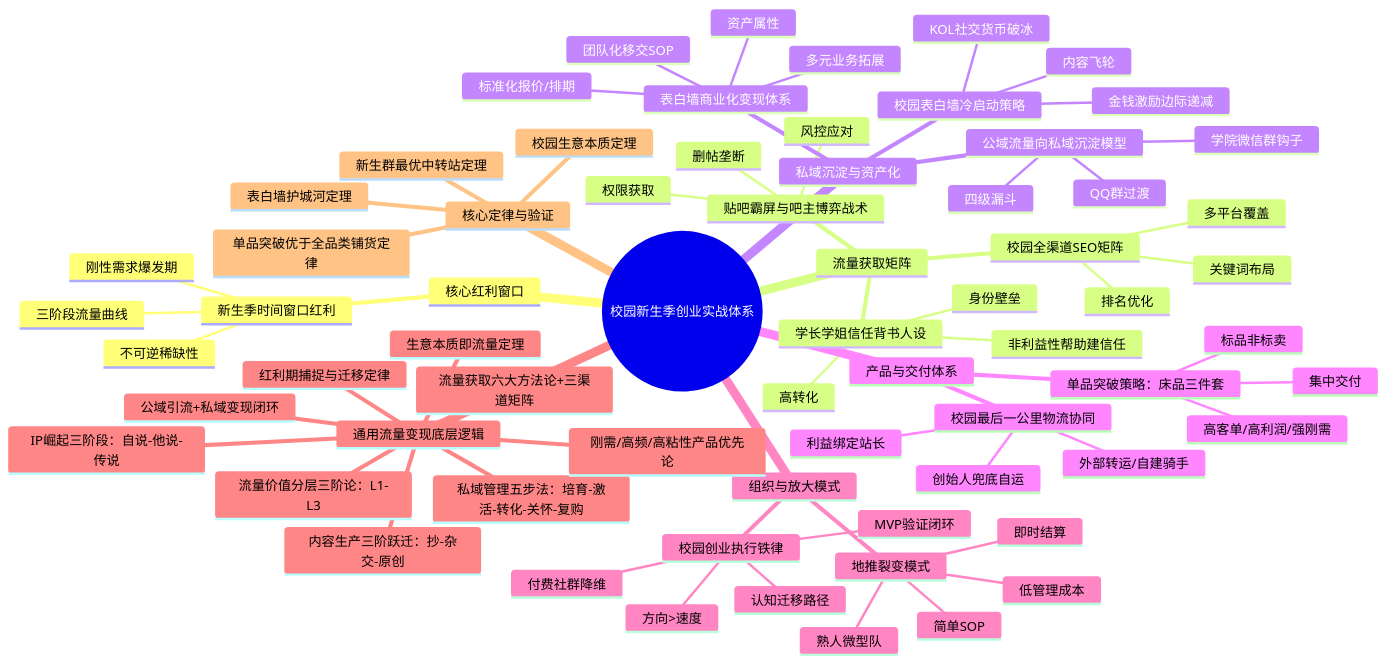
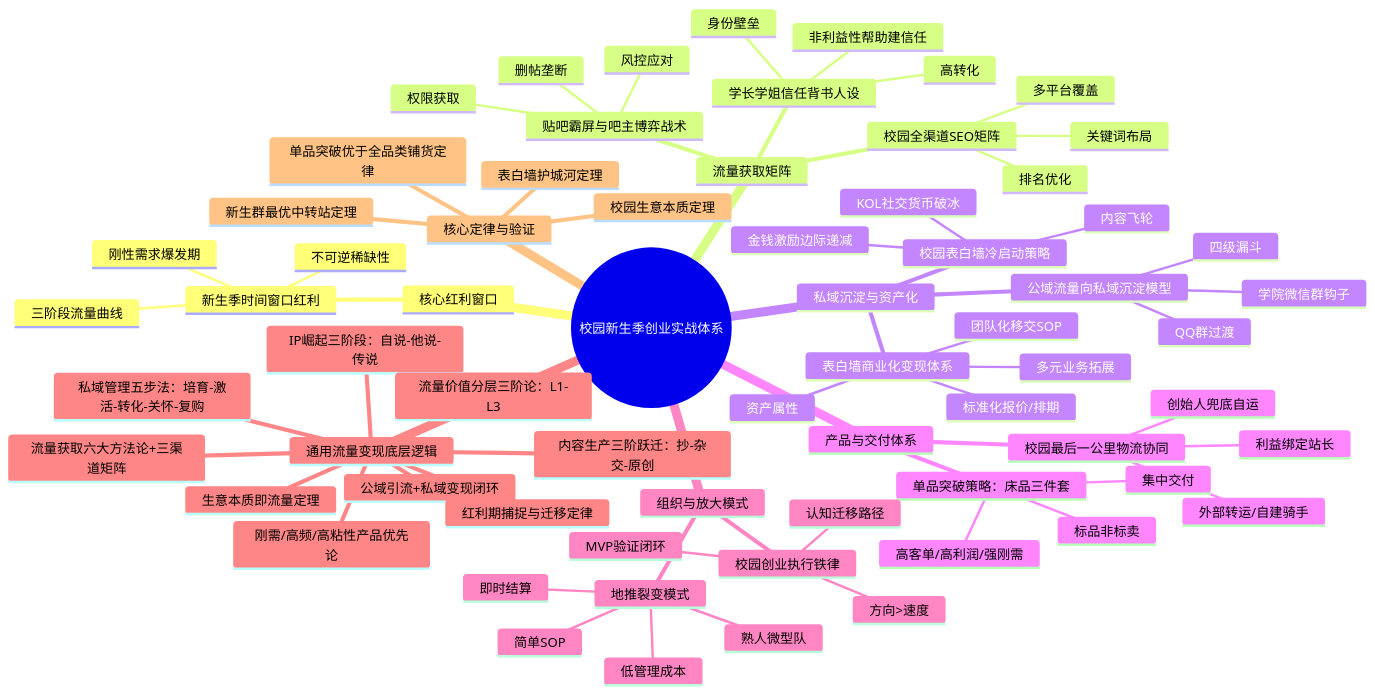
One commit to OpenDocCN1/flygon-zhuanqian-zhoubao changed the first of 20 diagrams in docs/202303_paper2textbook/asset/body_fix_2a77581c5af5cacf2c736ac308a8f564_4c9e76ce0d66eb1d0f6eb56ae81b920f_1ad407b61a7df26dbe675c33f863b99d_b45ecdf777756e9875ab13be7b2caeb9.md. Above: the diagram before and after it, drawn with Mermaid. The commit also changed other lines of this file and 14991 other files, not shown here.

````diff
--- a/docs/202303_paper2textbook/asset/body_fix_2a77581c5af5cacf2c736ac308a8f564_4c9e76ce0d66eb1d0f6eb56ae81b920f_1ad407b61a7df26dbe675c33f863b99d_b45ecdf777756e9875ab13be7b2caeb9.md
+++ b/docs/202303_paper2textbook/asset/body_fix_2a77581c5af5cacf2c736ac308a8f564_4c9e76ce0d66eb1d0f6eb56ae81b920f_1ad407b61a7df26dbe675c33f863b99d_b45ecdf777756e9875ab13be7b2caeb9.md
@@ -36,71 +37,70 @@
 ```mermaid
 mindmap
   root((校园新生季创业实战体系))
     核心红利窗口
       新生季时间窗口红利
         刚性需求爆发期
         三阶段流量曲线
         不可逆稀缺性
     流量获取矩阵
       学长学姐信任背书人设
         非利益性帮助建信任
         身份壁垒
         高转化
       校园全渠道SEO矩阵
         多平台覆盖
         关键词布局
         排名优化
       贴吧霸屏与吧主博弈战术
         权限获取
         删帖垄断
         风控应对
     私域沉淀与资产化
       公域流量向私域沉淀模型
         QQ群过渡
         学院微信群钩子
         四级漏斗
       校园表白墙冷启动策略
         金钱激励边际递减
         KOL社交货币破冰
         内容飞轮
       表白墙商业化变现体系
         标准化报价/排期
         多元业务拓展
         团队化移交SOP
         资产属性
     产品与交付体系
       单品突破策略：床品三件套
         高客单/高利润/强刚需
         标品非标卖
         集中交付
       校园最后一公里物流协同
         利益绑定站长
         外部转运/自建骑手
         创始人兜底自运
     组织与放大模式
       地推裂变模式
         熟人微型队
         即时结算
         简单SOP
         低管理成本
       校园创业执行铁律
         MVP验证闭环
-        付费社群降维
         认知迁移路径
         方向>速度
     通用流量变现底层逻辑
       生意本质即流量定理
       公域引流+私域变现闭环
       内容生产三阶跃迁：抄-杂交-原创
       红利期捕捉与迁移定律
       IP崛起三阶段：自说-他说-传说
       私域管理五步法：培育-激活-转化-关怀-复购
       流量价值分层三阶论：L1-L3
       流量获取六大方法论+三渠道矩阵
       刚需/高频/高粘性产品优先论
     核心定律与验证
       校园生意本质定理
       新生群最优中转站定理
       单品突破优于全品类铺货定律
       表白墙护城河定理
 ```
````
